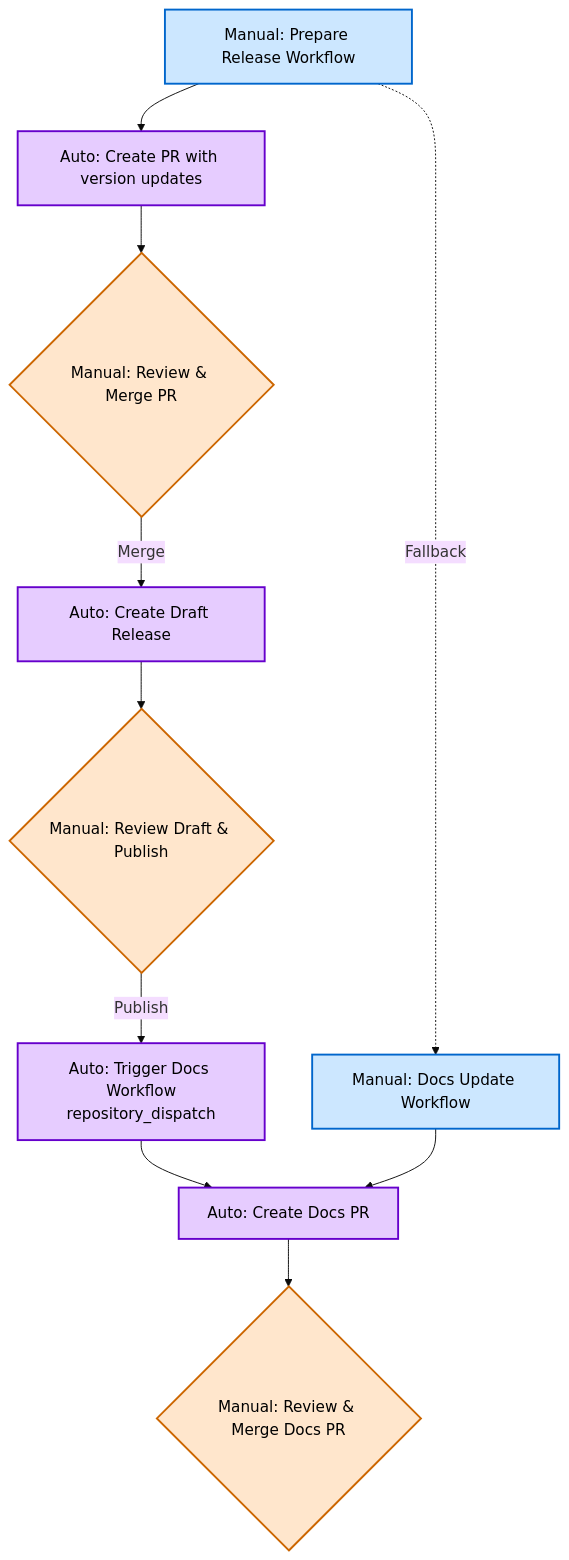
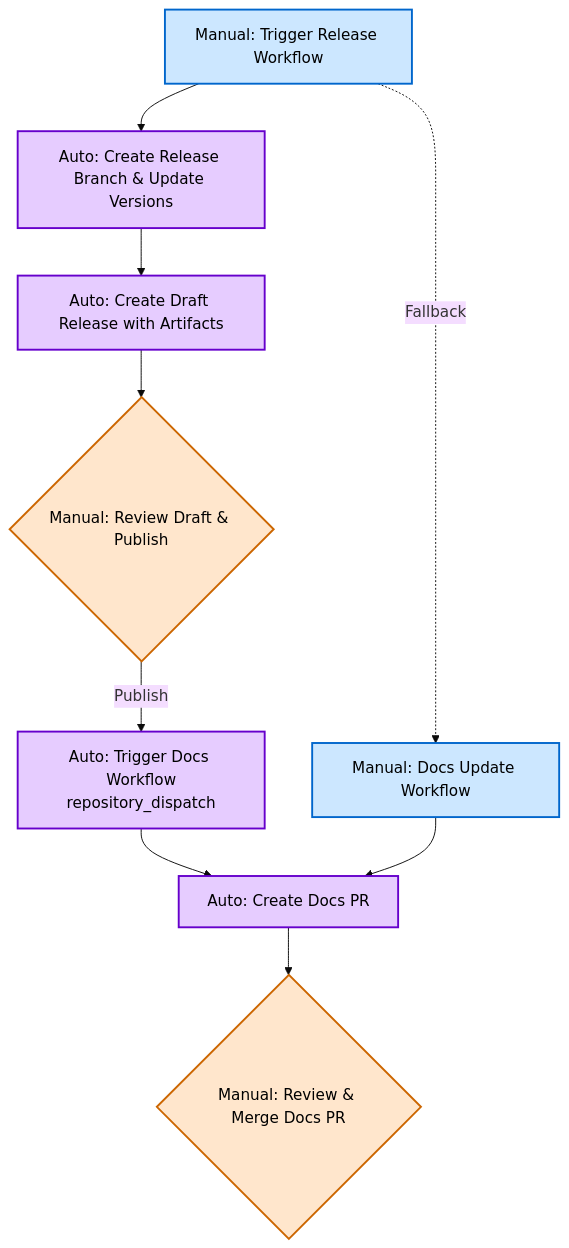
One commit to helm/community changed the diagram in hips/hip-9999.md. Above: the diagram before and after it, drawn with Mermaid (base theme). The commit also changed other lines of this file, not shown here.

Commit message:
Update HIP diagram and description to match changes in reference example

````diff
--- a/hips/hip-9999.md
+++ b/hips/hip-9999.md
@@ -29,23 +29,22 @@
 ```mermaid
 flowchart TD
-    A[Manual: Prepare Release Workflow] --> B[Auto: Create PR with version updates]
-    B --> C{Manual: Review & Merge PR}
-    C -->|Merge| D[Auto: Create Draft Release]
-    D --> E{Manual: Review Draft & Publish}
-    E -->|Publish| F[Auto: Trigger Docs Workflow<br/>repository_dispatch]
-    F --> G[Auto: Create Docs PR]
-    G --> H{Manual: Review & Merge Docs PR}
+    A[Manual: Trigger Release Workflow] --> B[Auto: Create Release Branch & Update Versions]
+    B --> C[Auto: Create Draft Release with Artifacts]
+    C --> D{Manual: Review Draft & Publish}
+    D -->|Publish| E[Auto: Trigger Docs Workflow<br/>repository_dispatch]
+    E --> F[Auto: Create Docs PR]
+    F --> G{Manual: Review & Merge Docs PR}
 
     %% Manual fallback options
-    A -.->|Fallback| I[Manual: Docs Update Workflow]
-    I --> G
+    A -.->|Fallback| H[Manual: Docs Update Workflow]
+    H --> F
 
     %% Styling for light/dark mode compatibility
     classDef manual fill:#cce7ff,stroke:#0066cc,stroke-width:2px,color:#000
     classDef auto fill:#e6ccff,stroke:#6600cc,stroke-width:2px,color:#000
     classDef decision fill:#ffe6cc,stroke:#cc6600,stroke-width:2px,color:#000
 
-    class A,C,E,H,I manual
-    class B,D,F,G auto
-    class C,E,H decision
+    class A,D,G,H manual
+    class B,C,E,F auto
+    class D,G decision
 ```
````
